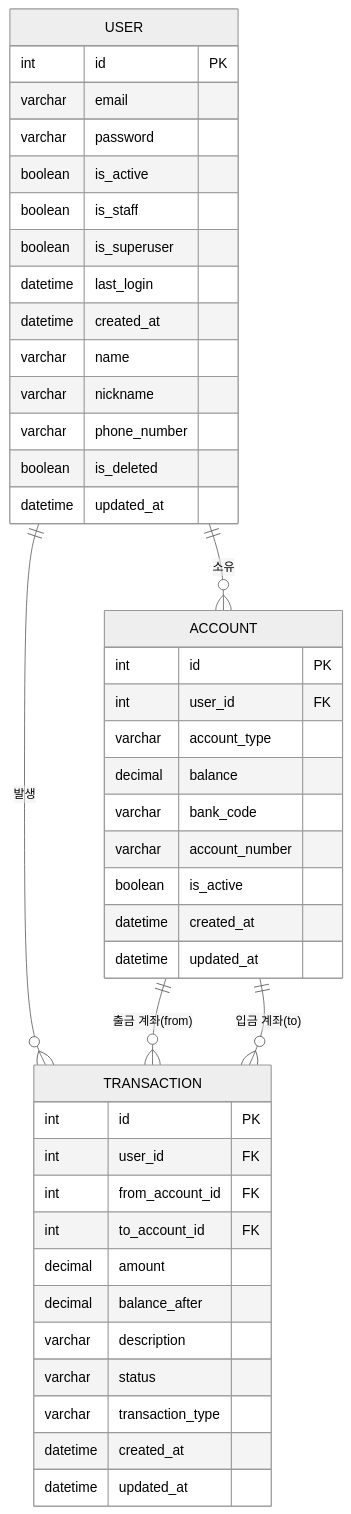
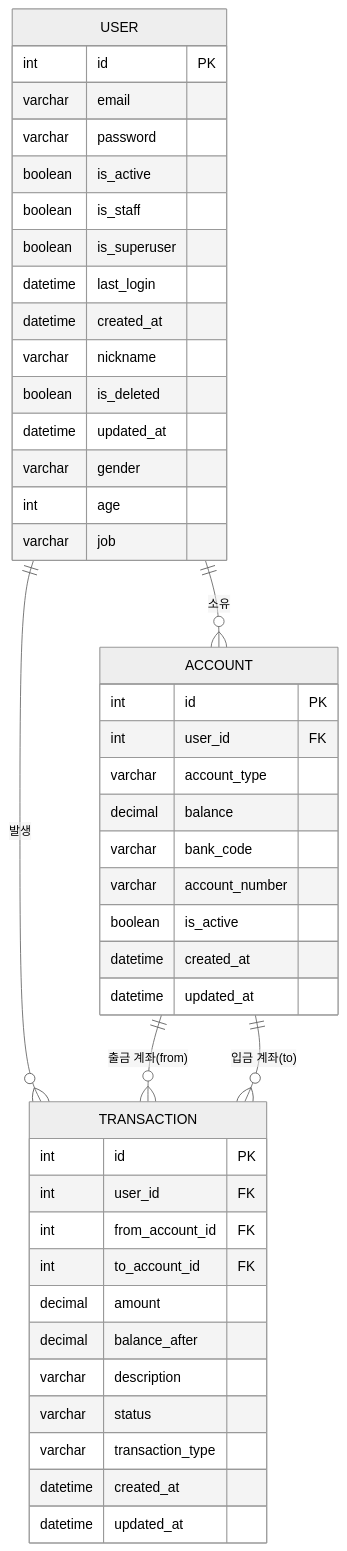
One commit to oz-union-be-17-team2/Household-Accounting-System changed the first of 4 diagrams in README.md. Above: the diagram before and after it, drawn with Mermaid (neutral theme).

Commit message:
Update README.md
user테이블 수정

````diff
--- a/README.md
+++ b/README.md
@@ -69,49 +69,50 @@
 ```mermaid
 erDiagram
     USER {
         int id PK
         varchar email
         varchar password
         boolean is_active
         boolean is_staff
         boolean is_superuser
         datetime last_login
         datetime created_at
-        varchar name
         varchar nickname
-        varchar phone_number
         boolean is_deleted
         datetime updated_at
+        varchar gender
+        int age
+        varchar job
     }
 
     ACCOUNT {
         int id PK
         int user_id FK
         varchar account_type
         decimal balance
         varchar bank_code
         varchar account_number
         boolean is_active
         datetime created_at
         datetime updated_at
     }
 
     TRANSACTION {
         int id PK
         int user_id FK
         int from_account_id FK
         int to_account_id FK
         decimal amount
         decimal balance_after
         varchar description
         varchar status
         varchar transaction_type
         datetime created_at
         datetime updated_at
     }
 
     USER ||--o{ ACCOUNT : "소유"
     USER ||--o{ TRANSACTION : "발생"
     ACCOUNT ||--o{ TRANSACTION : "출금 계좌(from)"
     ACCOUNT ||--o{ TRANSACTION : "입금 계좌(to)"
 ```
````
